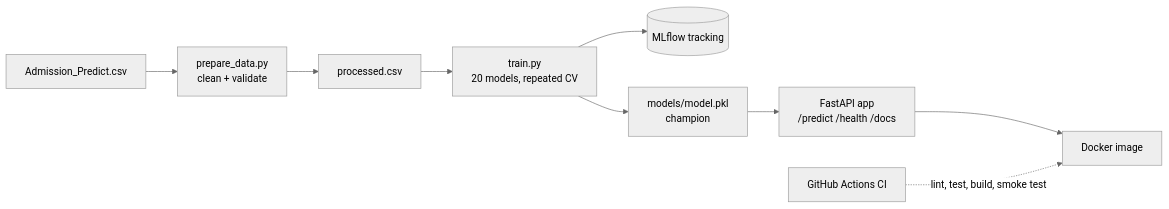
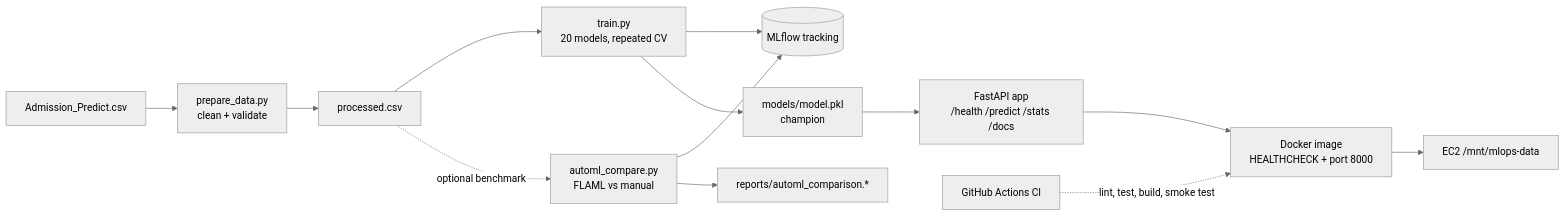
One commit to aleshbathegreat/mlops_project changed the diagram in README.md. Above: the diagram before and after it, drawn with Mermaid (neutral theme). The commit also changed other lines of this file and 2 other files, not shown here.

````diff
--- a/README.md
+++ b/README.md
@@ -12,11 +13,15 @@
 ```mermaid
 flowchart LR
     A[Admission_Predict.csv] --> B[prepare_data.py<br/>clean + validate]
     B --> C[processed.csv]
     C --> D[train.py<br/>20 models, repeated CV]
+    C -. optional benchmark .-> J[automl_compare.py<br/>FLAML vs manual]
     D --> E[(MLflow tracking)]
+    J --> E
+    J --> K[reports/automl_comparison.*]
     D --> F[models/model.pkl<br/>champion]
-    F --> G[FastAPI app<br/>/predict /health /docs]
-    G --> H[Docker image]
+    F --> G[FastAPI app<br/>/health /predict /stats /docs]
+    G --> H[Docker image<br/>HEALTHCHECK + port 8000]
+    H --> L[EC2 /mnt/mlops-data]
     I[GitHub Actions CI] -. lint, test, build, smoke test .-> H
 ```
````
